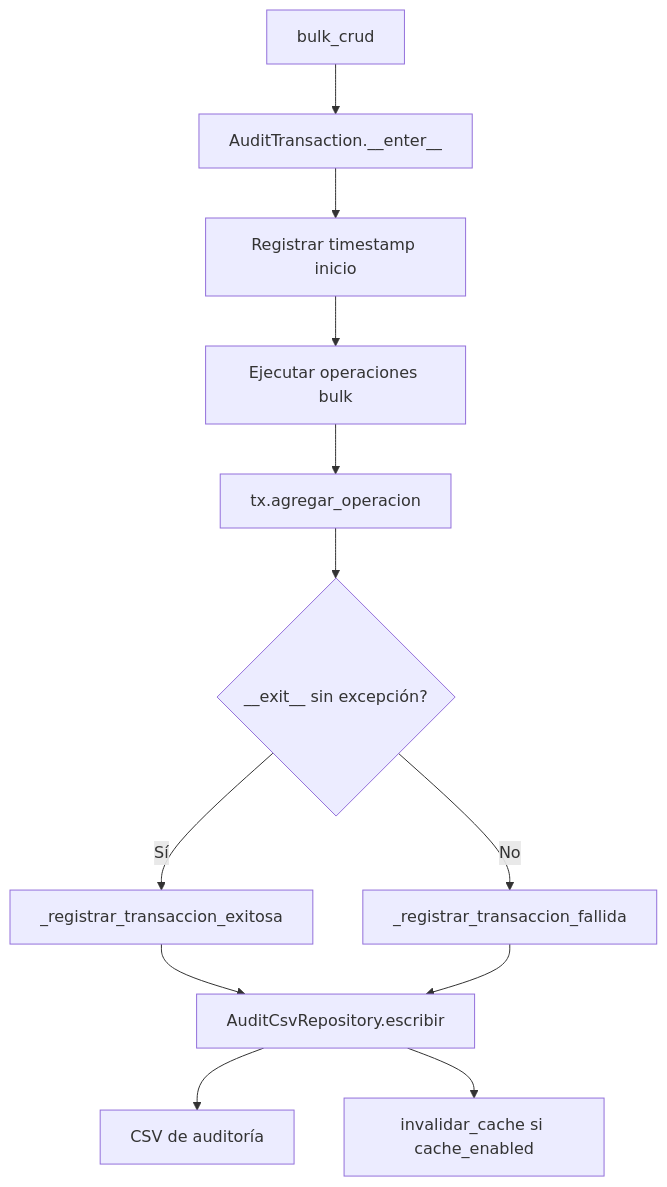
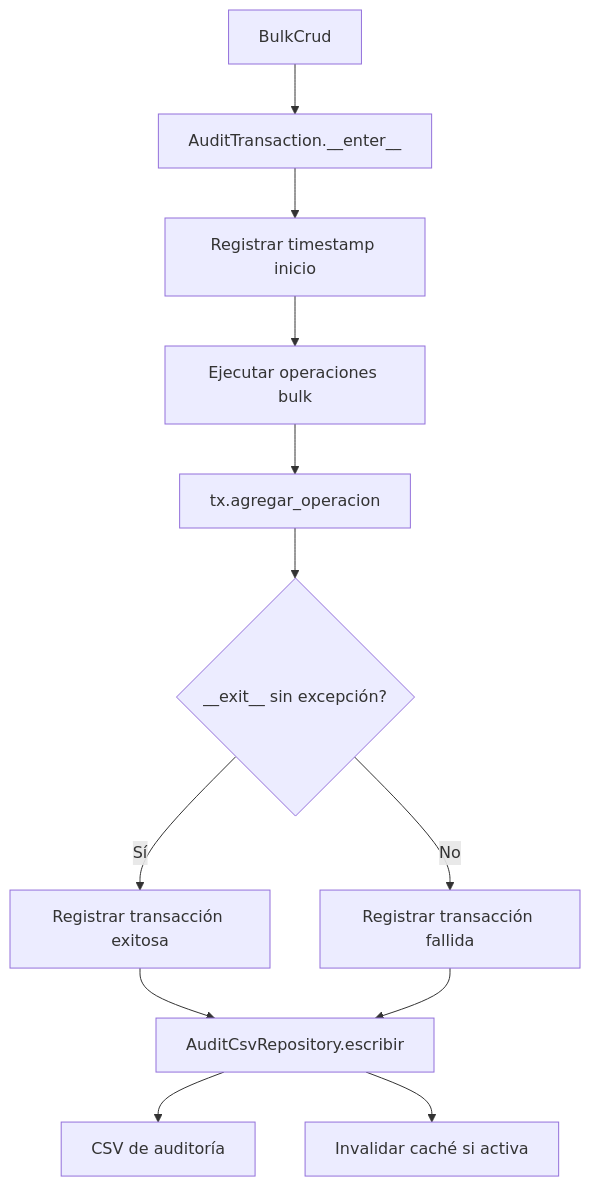
Before and after one commit to fmanza/util_bbdd: the diagram in docs/api/bulk-audit.md, drawn with Mermaid. The commit also changed other lines of this file and 117 other files, not shown here.

````diff
--- a/docs/api/bulk-audit.md
+++ b/docs/api/bulk-audit.md
@@ -7,13 +7,13 @@
 ```mermaid
 flowchart TD
-    A[bulk_crud] --> B[AuditTransaction.__enter__]
+    A[BulkCrud] --> B[AuditTransaction.__enter__]
     B --> C[Registrar timestamp inicio]
     C --> D[Ejecutar operaciones bulk]
     D --> E[tx.agregar_operacion]
     E --> F{__exit__ sin excepción?}
-    F -->|Sí| G[_registrar_transaccion_exitosa]
-    F -->|No| H[_registrar_transaccion_fallida]
+    F -->|Sí| G[Registrar transacción exitosa]
+    F -->|No| H[Registrar transacción fallida]
     G & H --> I[AuditCsvRepository.escribir]
     I --> J[CSV de auditoría]
-    I --> K[invalidar_cache si cache_enabled]
+    I --> K[Invalidar caché si activa]
 ```
````
